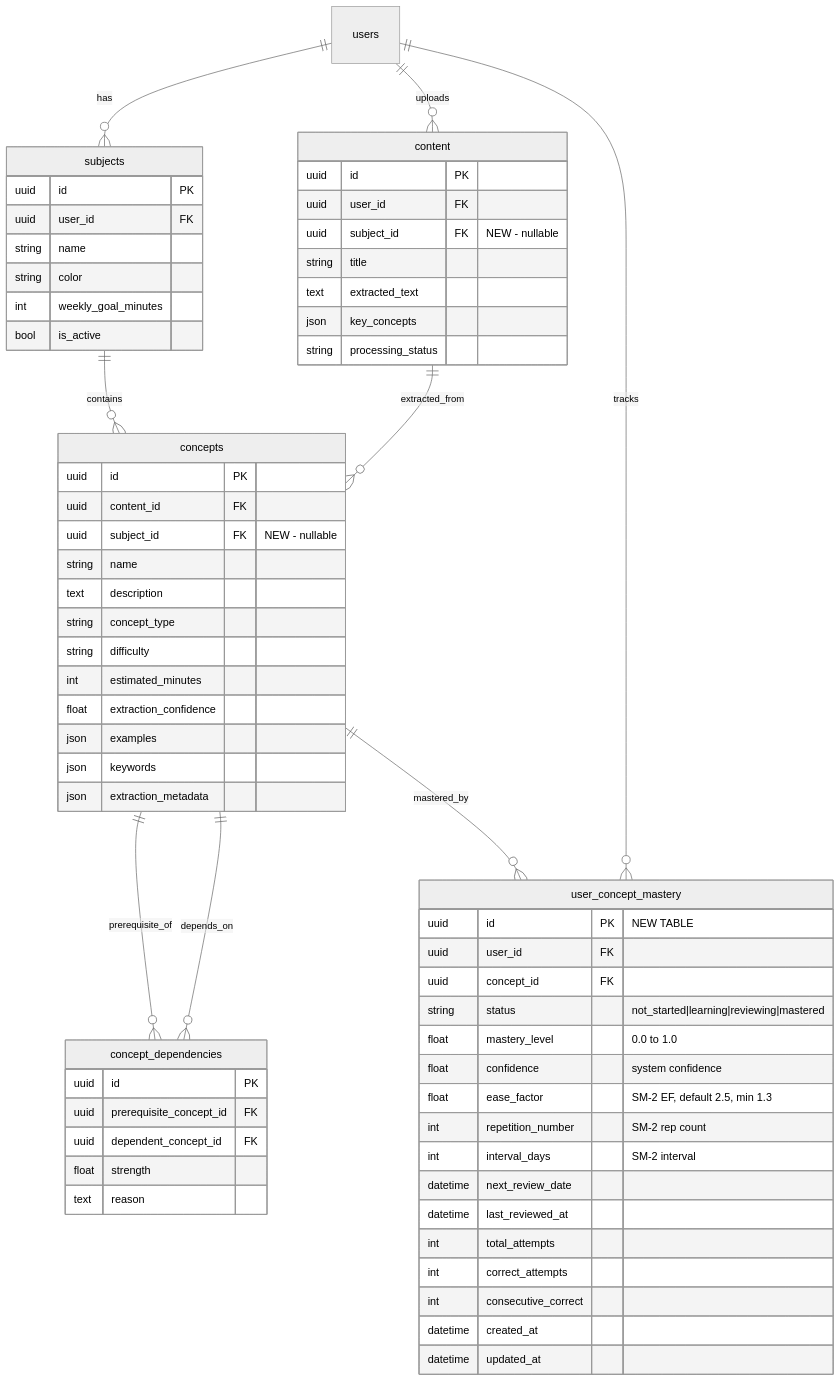
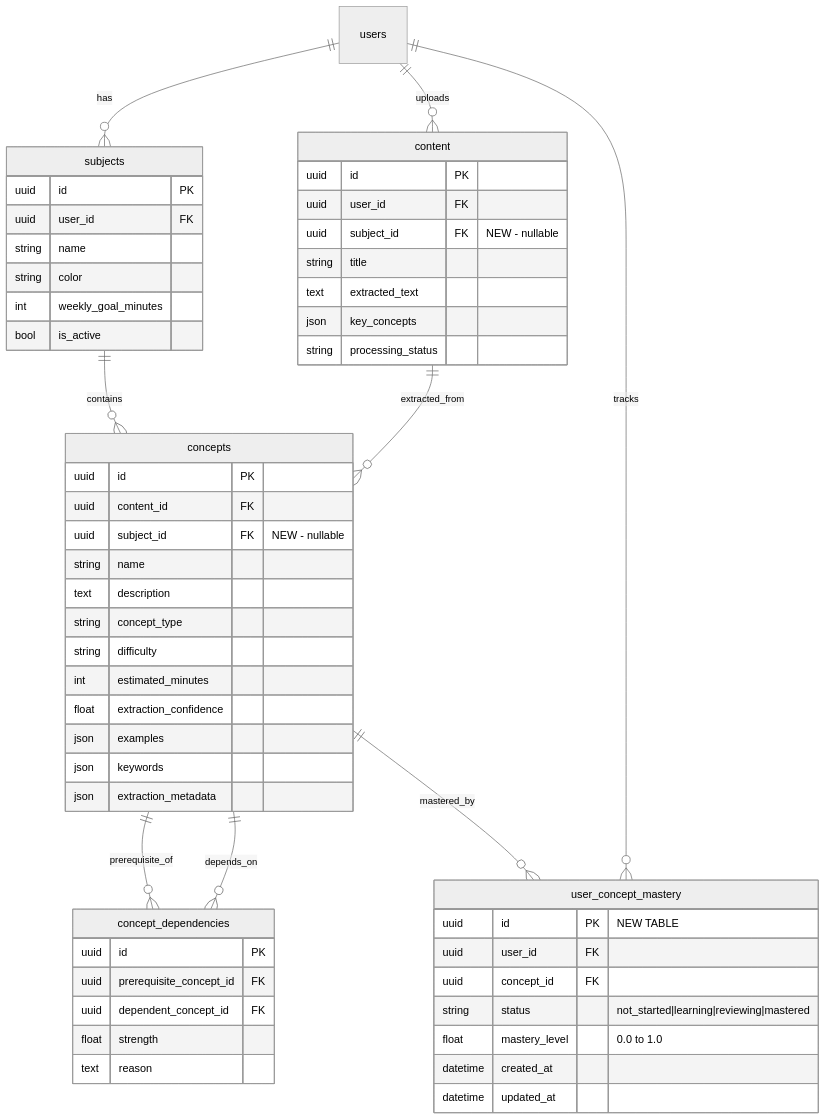
One commit to belumume/ai-study-architect changed the diagram in docs/plans/2026-03-14-002-feat-concept-extraction-pipeline-plan.md. Above: the diagram before and after it, drawn with Mermaid (neutral theme). The commit also changed 2 other files, not shown here.

Commit message:
docs: annotate 14 stale claims in brainstorm + plans
Brainstorm:
- Zustand: installed but unused (no stores, Context+hooks used)
- Zod+resolvers: installed but not wired to forms
- husky+lint-staged: installed but not configured
- Open questions #4 (mastery threshold) and #5 (extraction quality) annotated

Plan 001 deepening summary:
- "MUI atomic removal required" — STALE, they coexist
- "version_id optimistic locking" — never implemented
- "func.timezone() + SQL window function" — never implemented
- "Single DB query" — actual is 3 queries
- Dashboard schema: SessionResponse → UUID
- Orphan cleanup in GET — not implemented

Plan 002:
- ERD updated from 15+ columns to actual 7-column schema

````diff
--- a/docs/plans/2026-03-14-002-feat-concept-extraction-pipeline-plan.md
+++ b/docs/plans/2026-03-14-002-feat-concept-extraction-pipeline-plan.md
@@ -104,74 +104,68 @@
 ```mermaid
 erDiagram
     users ||--o{ subjects : "has"
     users ||--o{ content : "uploads"
     users ||--o{ user_concept_mastery : "tracks"
 
     subjects ||--o{ concepts : "contains"
     content ||--o{ concepts : "extracted_from"
 
     concepts ||--o{ concept_dependencies : "prerequisite_of"
     concepts ||--o{ concept_dependencies : "depends_on"
     concepts ||--o{ user_concept_mastery : "mastered_by"
 
     subjects {
         uuid id PK
         uuid user_id FK
         string name
         string color
         int weekly_goal_minutes
         bool is_active
     }
 
     content {
         uuid id PK
         uuid user_id FK
         uuid subject_id FK "NEW - nullable"
         string title
         text extracted_text
         json key_concepts
         string processing_status
     }
 
     concepts {
         uuid id PK
         uuid content_id FK
         uuid subject_id FK "NEW - nullable"
         string name
         text description
         string concept_type
         string difficulty
         int estimated_minutes
         float extraction_confidence
         json examples
         json keywords
         json extraction_metadata
     }
 
     concept_dependencies {
         uuid id PK
         uuid prerequisite_concept_id FK
         uuid dependent_concept_id FK
         float strength
         text reason
     }
 
     user_concept_mastery {
         uuid id PK "NEW TABLE"
         uuid user_id FK
         uuid concept_id FK
         string status "not_started|learning|reviewing|mastered"
         float mastery_level "0.0 to 1.0"
-        float confidence "system confidence"
-        float ease_factor "SM-2 EF, default 2.5, min 1.3"
-        int repetition_number "SM-2 rep count"
-        int interval_days "SM-2 interval"
-        datetime next_review_date
-        datetime last_reviewed_at
-        int total_attempts
-        int correct_attempts
-        int consecutive_correct
         datetime created_at
         datetime updated_at
     }
+    %% [STALE FIX: ERD updated to match actual 7-column schema per Review Reconciliation #1.
+    %% Future columns (Phase 4): total_attempts, correct_attempts, consecutive_correct
+    %% Future columns (Phase 5): ease_factor, interval_days, next_review_date, confidence]
 ```
````
